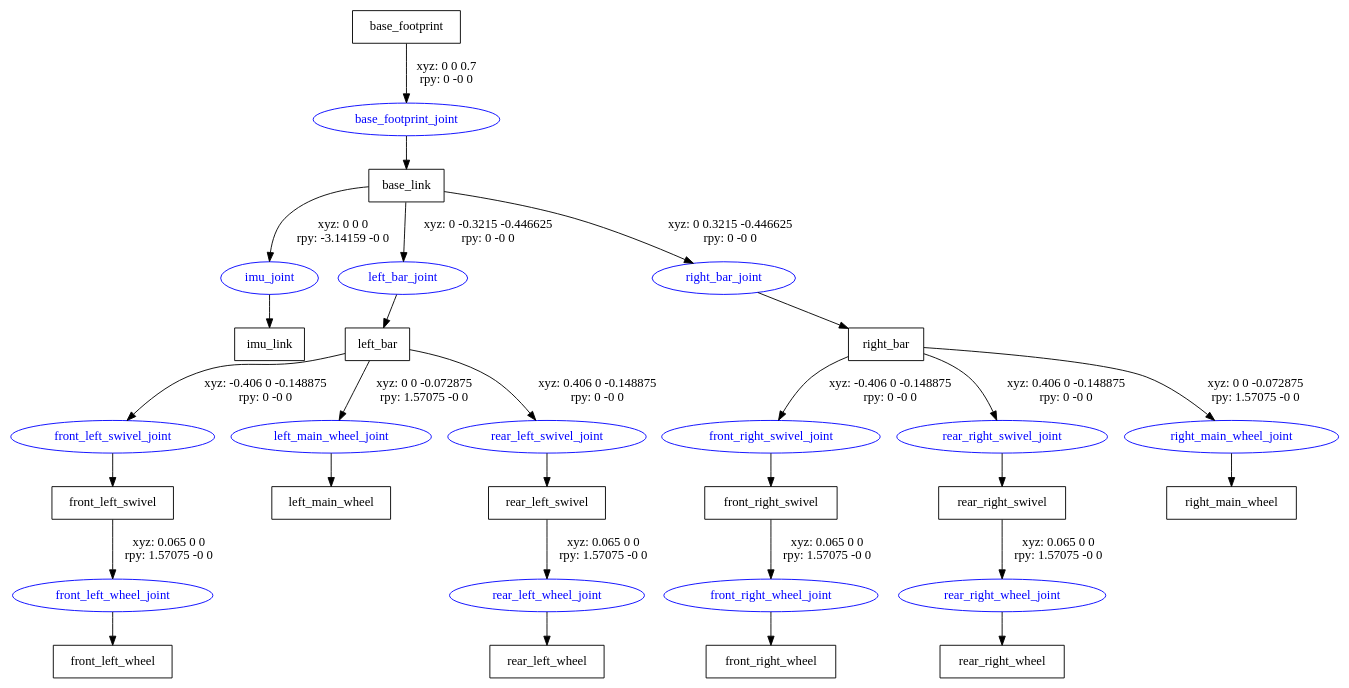
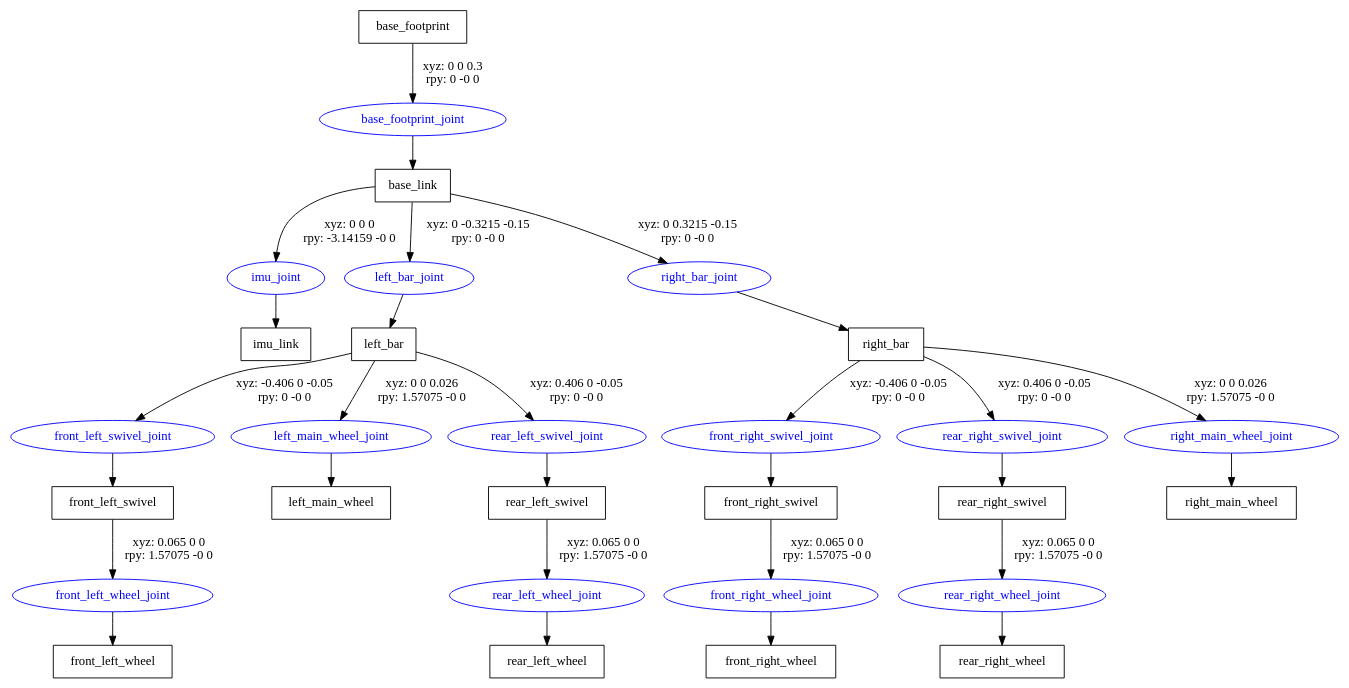
One commit to rpiRobotics/baxter_wheelchair_description changed the diagram in urdf/wheelchair.gv. Above: the diagram before and after it, drawn with Graphviz. The commit also changed 2 other files, not shown here.

Commit message:
Updated wheelchair height and corresponding joint positions

```diff
--- a/urdf/wheelchair.gv
+++ b/urdf/wheelchair.gv
@@ -1,47 +1,47 @@
 digraph G {
 node [shape=box];
 "base_footprint" [label="base_footprint"];
 "base_link" [label="base_link"];
 "imu_link" [label="imu_link"];
 "left_bar" [label="left_bar"];
 "front_left_swivel" [label="front_left_swivel"];
 "front_left_wheel" [label="front_left_wheel"];
 "left_main_wheel" [label="left_main_wheel"];
 "rear_left_swivel" [label="rear_left_swivel"];
 "rear_left_wheel" [label="rear_left_wheel"];
 "right_bar" [label="right_bar"];
 "front_right_swivel" [label="front_right_swivel"];
 "front_right_wheel" [label="front_right_wheel"];
 "rear_right_swivel" [label="rear_right_swivel"];
 "rear_right_wheel" [label="rear_right_wheel"];
 "right_main_wheel" [label="right_main_wheel"];
 node [shape=ellipse, color=blue, fontcolor=blue];
-"base_footprint" -> "base_footprint_joint" [label="xyz: 0 0 0.7 \nrpy: 0 -0 0"]
+"base_footprint" -> "base_footprint_joint" [label="xyz: 0 0 0.3 \nrpy: 0 -0 0"]
 "base_footprint_joint" -> "base_link"
 "base_link" -> "imu_joint" [label="xyz: 0 0 0 \nrpy: -3.14159 -0 0"]
 "imu_joint" -> "imu_link"
-"base_link" -> "left_bar_joint" [label="xyz: 0 -0.3215 -0.446625 \nrpy: 0 -0 0"]
+"base_link" -> "left_bar_joint" [label="xyz: 0 -0.3215 -0.15 \nrpy: 0 -0 0"]
 "left_bar_joint" -> "left_bar"
-"left_bar" -> "front_left_swivel_joint" [label="xyz: -0.406 0 -0.148875 \nrpy: 0 -0 0"]
+"left_bar" -> "front_left_swivel_joint" [label="xyz: -0.406 0 -0.05 \nrpy: 0 -0 0"]
 "front_left_swivel_joint" -> "front_left_swivel"
 "front_left_swivel" -> "front_left_wheel_joint" [label="xyz: 0.065 0 0 \nrpy: 1.57075 -0 0"]
 "front_left_wheel_joint" -> "front_left_wheel"
-"left_bar" -> "left_main_wheel_joint" [label="xyz: 0 0 -0.072875 \nrpy: 1.57075 -0 0"]
+"left_bar" -> "left_main_wheel_joint" [label="xyz: 0 0 0.026 \nrpy: 1.57075 -0 0"]
 "left_main_wheel_joint" -> "left_main_wheel"
-"left_bar" -> "rear_left_swivel_joint" [label="xyz: 0.406 0 -0.148875 \nrpy: 0 -0 0"]
+"left_bar" -> "rear_left_swivel_joint" [label="xyz: 0.406 0 -0.05 \nrpy: 0 -0 0"]
 "rear_left_swivel_joint" -> "rear_left_swivel"
 "rear_left_swivel" -> "rear_left_wheel_joint" [label="xyz: 0.065 0 0 \nrpy: 1.57075 -0 0"]
 "rear_left_wheel_joint" -> "rear_left_wheel"
-"base_link" -> "right_bar_joint" [label="xyz: 0 0.3215 -0.446625 \nrpy: 0 -0 0"]
+"base_link" -> "right_bar_joint" [label="xyz: 0 0.3215 -0.15 \nrpy: 0 -0 0"]
 "right_bar_joint" -> "right_bar"
-"right_bar" -> "front_right_swivel_joint" [label="xyz: -0.406 0 -0.148875 \nrpy: 0 -0 0"]
+"right_bar" -> "front_right_swivel_joint" [label="xyz: -0.406 0 -0.05 \nrpy: 0 -0 0"]
 "front_right_swivel_joint" -> "front_right_swivel"
 "front_right_swivel" -> "front_right_wheel_joint" [label="xyz: 0.065 0 0 \nrpy: 1.57075 -0 0"]
 "front_right_wheel_joint" -> "front_right_wheel"
-"right_bar" -> "rear_right_swivel_joint" [label="xyz: 0.406 0 -0.148875 \nrpy: 0 -0 0"]
+"right_bar" -> "rear_right_swivel_joint" [label="xyz: 0.406 0 -0.05 \nrpy: 0 -0 0"]
 "rear_right_swivel_joint" -> "rear_right_swivel"
 "rear_right_swivel" -> "rear_right_wheel_joint" [label="xyz: 0.065 0 0 \nrpy: 1.57075 -0 0"]
 "rear_right_wheel_joint" -> "rear_right_wheel"
-"right_bar" -> "right_main_wheel_joint" [label="xyz: 0 0 -0.072875 \nrpy: 1.57075 -0 0"]
+"right_bar" -> "right_main_wheel_joint" [label="xyz: 0 0 0.026 \nrpy: 1.57075 -0 0"]
 "right_main_wheel_joint" -> "right_main_wheel"
 }
```
